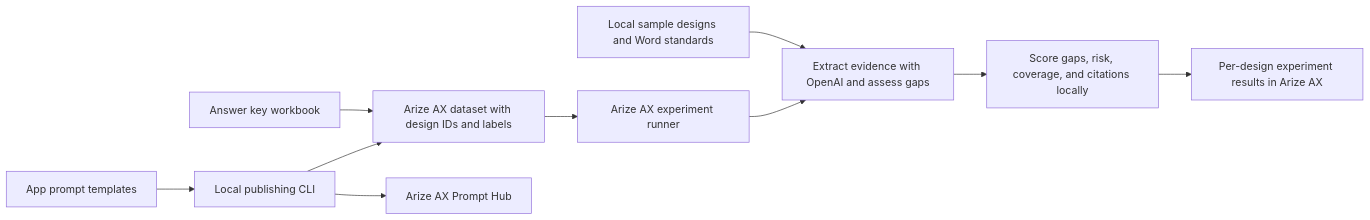
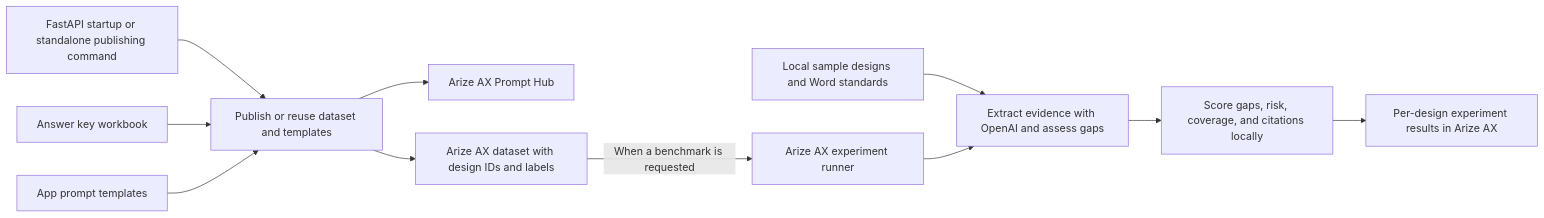
One commit to girisheduru/archgovasst changed the tenth of 13 diagrams in flowdiagrams.md. Above: the diagram before and after it, drawn with Mermaid. The commit also changed other lines of this file and 16 other files, not shown here.

````diff
--- a/flowdiagrams.md
+++ b/flowdiagrams.md
@@ -261,12 +261,13 @@
 ```mermaid
 flowchart LR
-    Workbook["Answer key workbook"] --> Dataset["Arize AX dataset with design IDs and labels"]
-    Prompts["App prompt templates"] --> Publisher["Local publishing CLI"]
+    Startup["FastAPI startup or standalone publishing command"] --> Publisher
+    Workbook["Answer key workbook"] --> Publisher["Publish or reuse dataset and templates"]
+    Prompts["App prompt templates"] --> Publisher
     Publisher --> Hub["Arize AX Prompt Hub"]
-    Publisher --> Dataset
-    Dataset --> SDK["Arize AX experiment runner"]
+    Publisher --> Dataset["Arize AX dataset with design IDs and labels"]
+    Dataset -->|"When a benchmark is requested"| SDK["Arize AX experiment runner"]
     Docs["Local sample designs and Word standards"] --> Review["Extract evidence with OpenAI and assess gaps"]
     SDK --> Review
     Review --> Score["Score gaps, risk, coverage, and citations locally"]
     Score --> AX["Per-design experiment results in Arize AX"]
 ```
````
